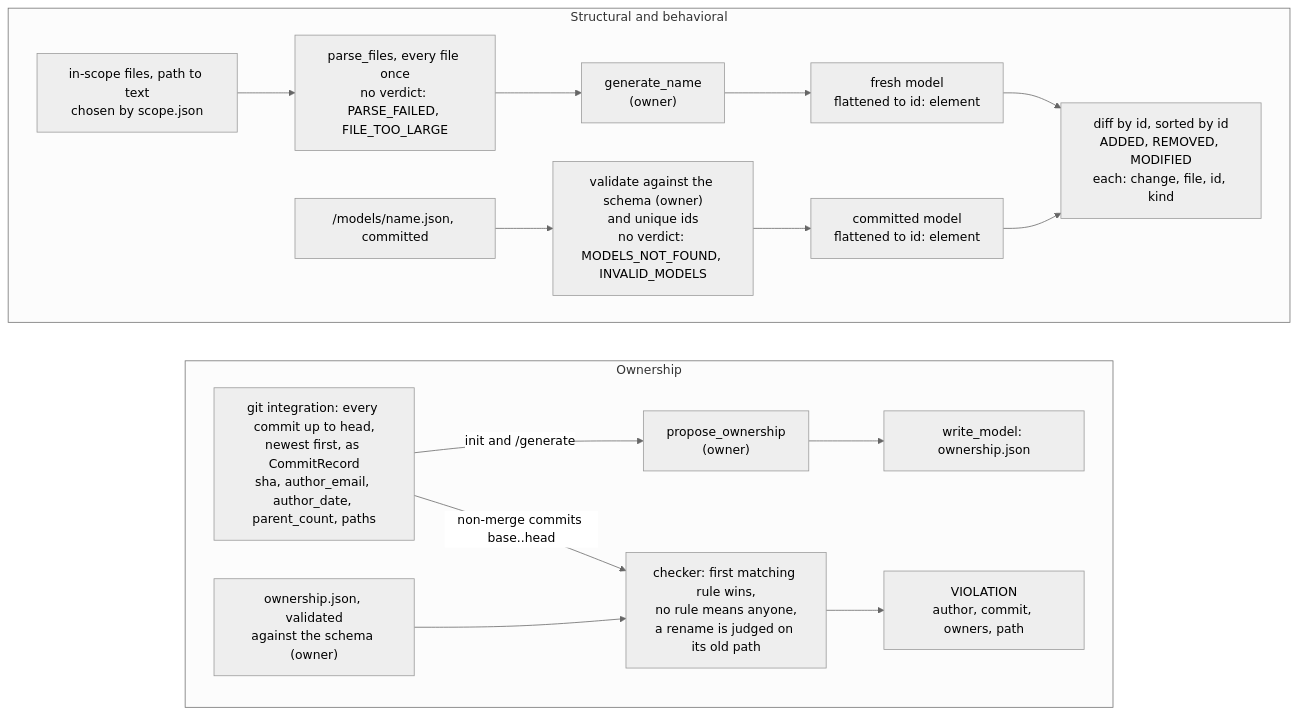
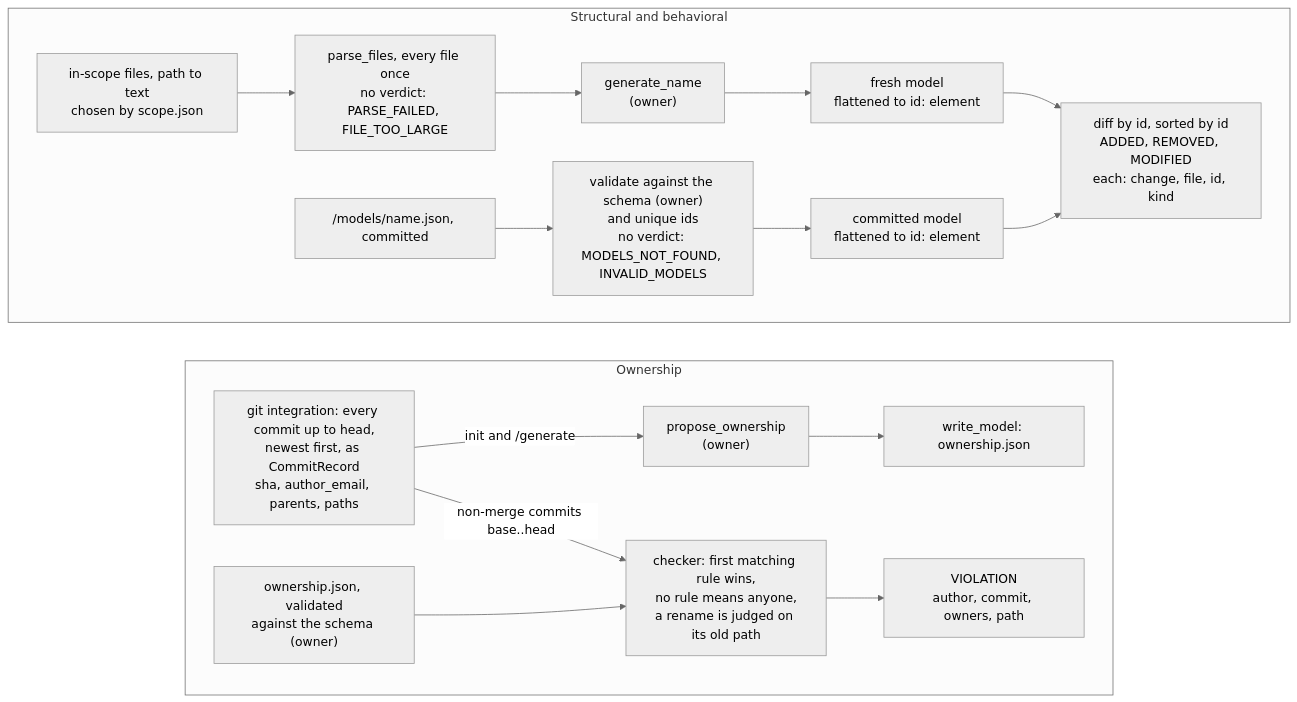
The diagram in docs/models/model-seam.md (MuhammadSban/DocumentationModelDrifter), drawn with Mermaid (neutral theme) before and after one commit. The commit also changed other lines of this file and 1 other file, not shown here.

Commit message:
Describe CommitRecord as the code defines it in the seam and plan

````diff
--- a/docs/models/model-seam.md
+++ b/docs/models/model-seam.md
@@ -36,24 +36,24 @@
 ```mermaid
 flowchart TB
     accTitle: The model seam in one check
     accDescr: For structural and behavioral, the core parses the in-scope files, calls the owner's generator, validates the committed model against the owner's schema, flattens both to a map from id to element and diffs them by id. For ownership, the core builds commit records, the owner's propose function turns them into ownership.json at init, and the core's checker judges each commit against those rules.
 
     subgraph SB[Structural and behavioral]
         Files[in-scope files, path to text<br/>chosen by scope.json] --> Parse[parse_files, every file once<br/>no verdict: PARSE_FAILED, FILE_TOO_LARGE]
         Parse --> Gen["generate_name<br/>(owner)"]
         Gen --> Fresh[fresh model<br/>flattened to id: element]
         Committed["/models/name.json, committed"] --> Valid["validate against the schema (owner)<br/>and unique ids<br/>no verdict: MODELS_NOT_FOUND, INVALID_MODELS"]
         Valid --> Old[committed model<br/>flattened to id: element]
         Fresh & Old --> Diff[diff by id, sorted by id<br/>ADDED, REMOVED, MODIFIED<br/>each: change, file, id, kind]
     end
 
     subgraph OW[Ownership]
-        Log[git integration: every commit up to head,<br/>newest first, as CommitRecord<br/>sha, author_email, author_date, parent_count, paths]
+        Log[git integration: every commit up to head,<br/>newest first, as CommitRecord<br/>sha, author_email, parents, paths]
         Log -- init and /generate --> Prop["propose_ownership<br/>(owner)"] --> Write[write_model: ownership.json]
         Log -- non-merge commits base..head --> Check[checker: first matching rule wins,<br/>no rule means anyone,<br/>a rename is judged on its old path]
         Rules["ownership.json, validated<br/>against the schema (owner)"] --> Check
         Check --> Viol[VIOLATION<br/>author, commit, owners, path]
     end
 
     SB ~~~ OW
 ```
````
